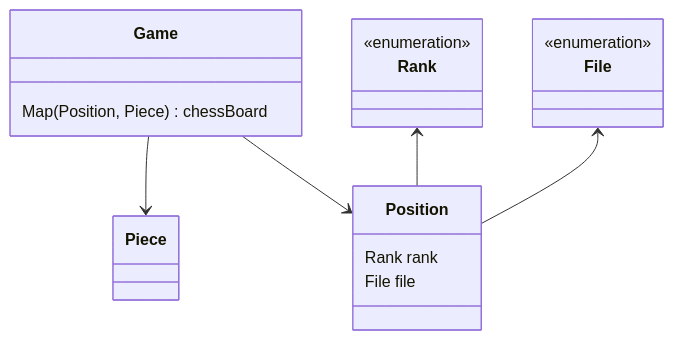
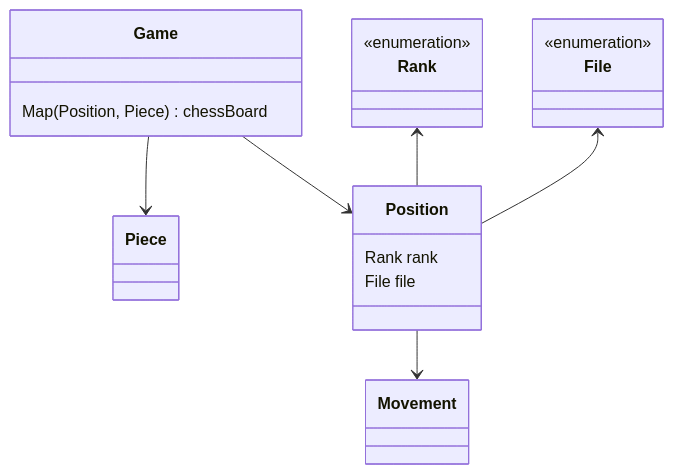
Before and after one commit to woowacourse/java-chess: the first of 2 diagrams in README.md, drawn with Mermaid. The commit also changed other lines of this file, not shown here.

Commit message:
docs: 기능 구현 목록 및 클래스 다이어그램 수정

````diff
--- a/README.md
+++ b/README.md
@@ -7,20 +7,21 @@
 ```mermaid
 classDiagram
     Game --> Piece
     Game --> Position
+    Position --> Movement
 
     Rank <-- Position
     File <-- Position
 
     <<enumeration>> Rank
     <<enumeration>> File
 
     class Position {
         Rank rank
         File file
     }
 
     class Game {
         Map(Position, Piece) chessBoard
     }
 ```
````
